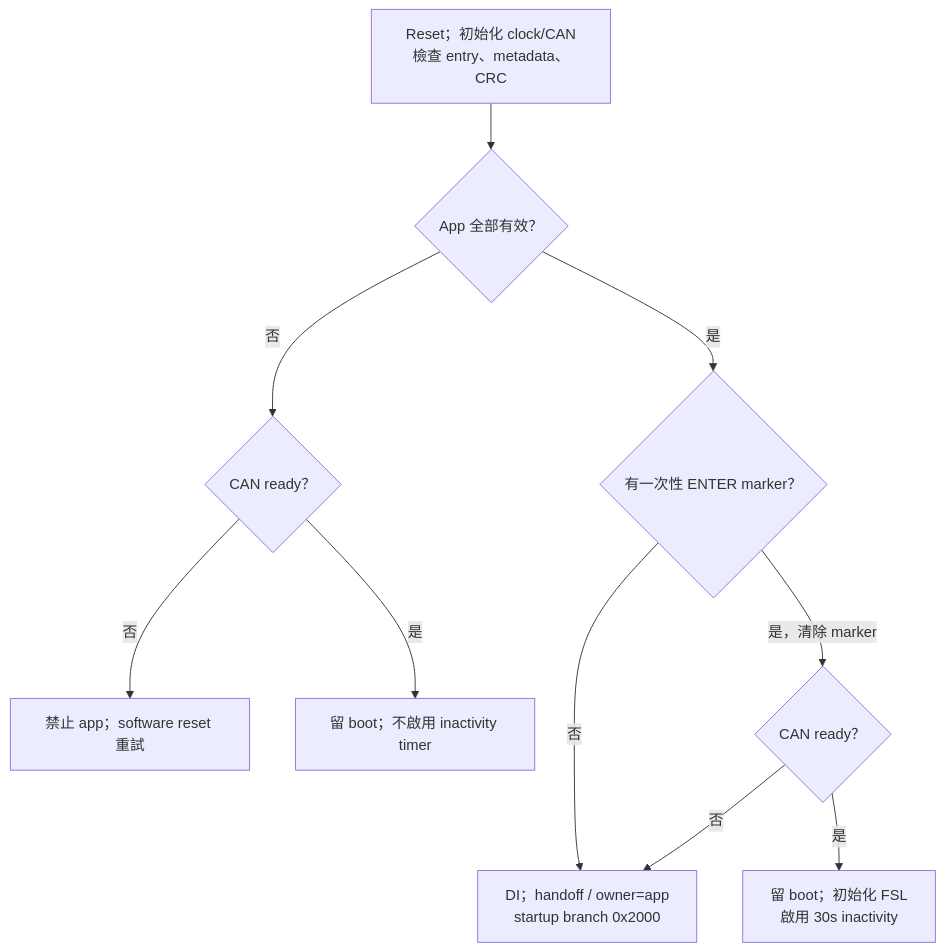
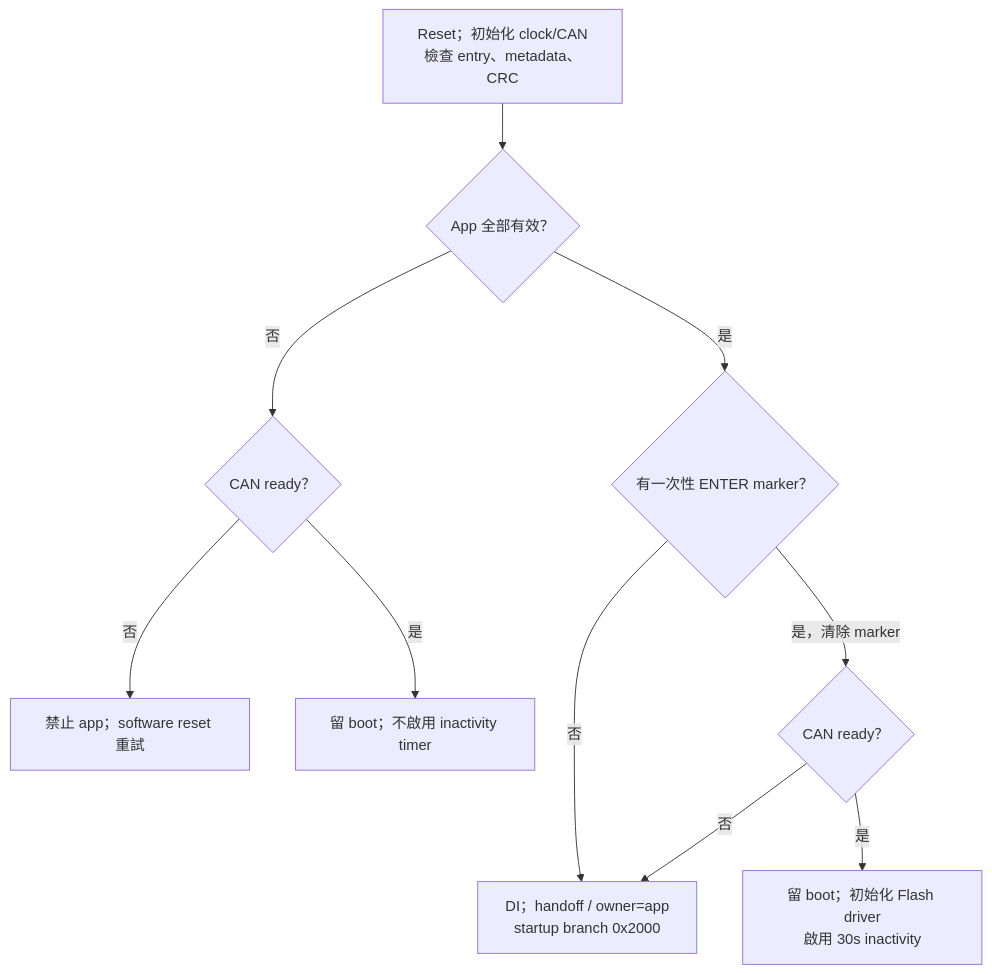
The fourth of 10 diagrams in docs/F13_BOOT_UPDATE_FLOW_zh-TW.md (released/simple_renesas_isp_tool), drawn with Mermaid before and after one commit. The commit also changed other lines of this file and 41 other files, not shown here.

````diff
--- a/docs/F13_BOOT_UPDATE_FLOW_zh-TW.md
+++ b/docs/F13_BOOT_UPDATE_FLOW_zh-TW.md
@@ -260,12 +199,12 @@
 ```mermaid
 flowchart TD
     RESET["Reset；初始化 clock/CAN<br/>檢查 entry、metadata、CRC"] --> VALID{"App 全部有效？"}
     VALID -->|否| RECOVERY{"CAN ready？"}
     RECOVERY -->|否| RETRY["禁止 app；software reset 重試"]
     RECOVERY -->|是| MUST["留 boot；不啟用 inactivity timer"]
     VALID -->|是| ENTER{"有一次性 ENTER marker？"}
     ENTER -->|否| JUMP["DI；handoff / owner=app<br/>startup branch 0x2000"]
     ENTER -->|是，清除 marker| CAN{"CAN ready？"}
     CAN -->|否| JUMP
-    CAN -->|是| WAIT["留 boot；初始化 FSL<br/>啟用 30s inactivity"]
+    CAN -->|是| WAIT["留 boot；初始化 Flash driver<br/>啟用 30s inactivity"]
 ```
````
